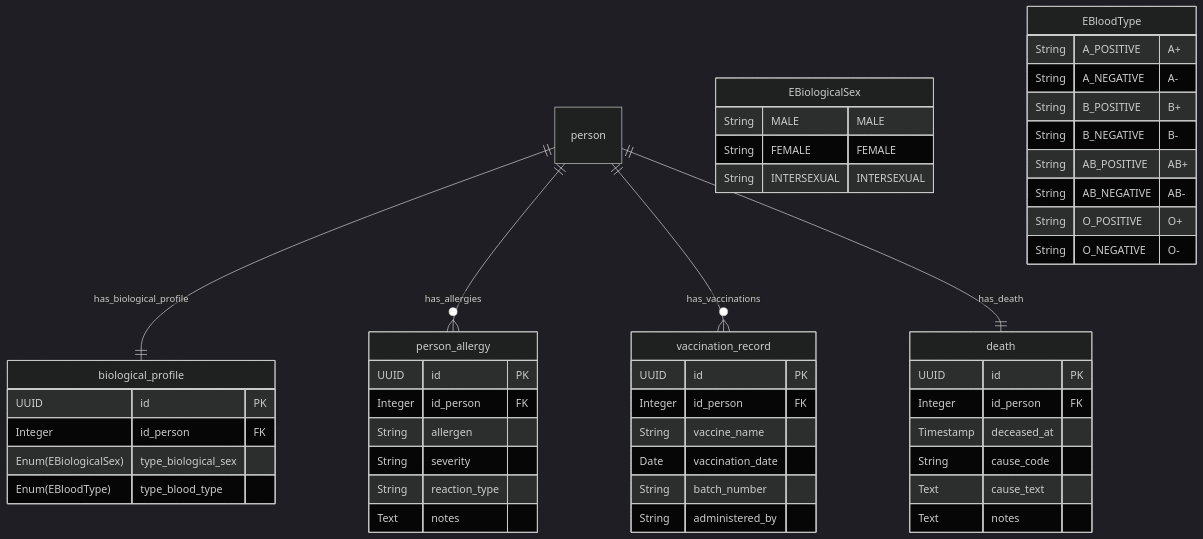
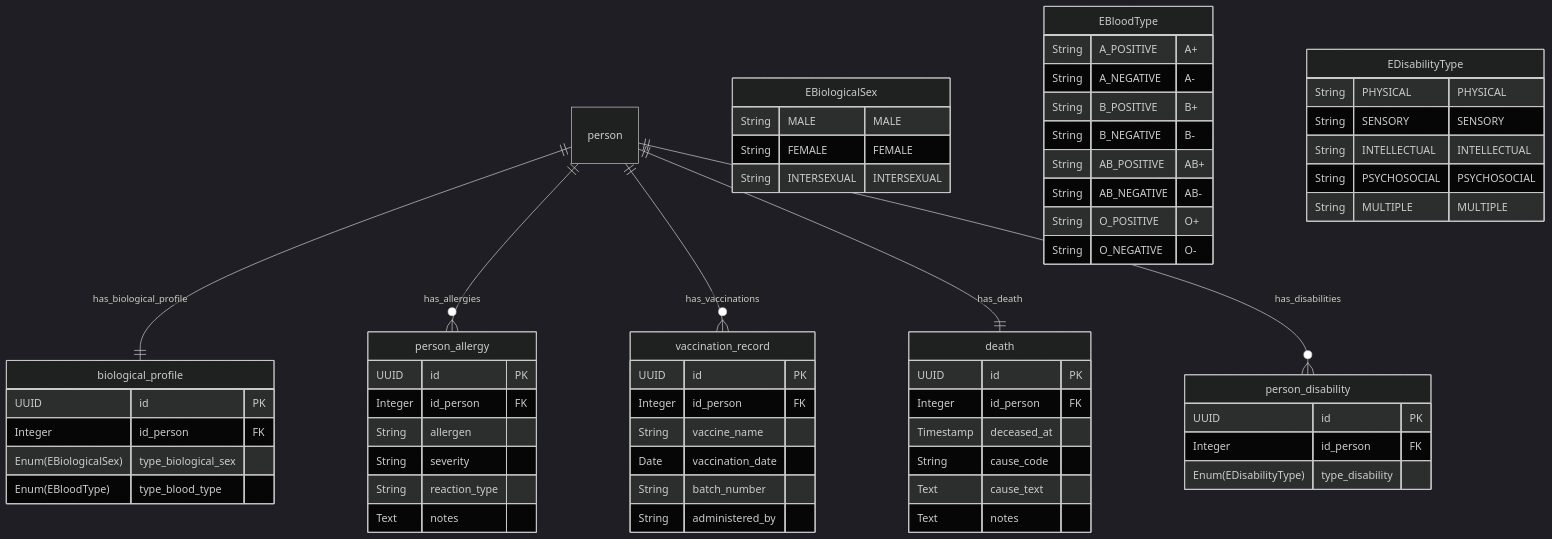
The diagram in db/postgres/health_profile/erd.mmd (m4ck-y/dh_docs), drawn with Mermaid (dark theme) before and after one commit. The commit also changed 2 other files, not shown here.

Commit message:
docs(db): add person_disability to health_profile
Disability as a 1:N table (like person_allergy) with EDisabilityType: the
vocabulary is closed (no "Other"), so the type stays an enum, with a note on
moving to a catalog later. Update the signup data dictionary.

```diff
--- a/db/postgres/health_profile/erd.mmd
+++ b/db/postgres/health_profile/erd.mmd
@@ -1,73 +1,98 @@
 erDiagram
     %% HEALTH_PROFILE SCHEMA
     %% Perfil biologico y clinico de la persona
 
     %% REFERENCIAS EXTERNAS
     %% person: definida en schema people
 
     %% RELACIONES
     person ||--|| biological_profile : "has_biological_profile"
     person ||--o{ person_allergy : "has_allergies"
     person ||--o{ vaccination_record : "has_vaccinations"
     person ||--|| death : "has_death"
+    person ||--o{ person_disability : "has_disabilities"
 
     %% ENUMS (vocabulario cerrado -> enum de texto; la lista de la UI es estatica)
     EBiologicalSex {
         String MALE "MALE"
         String FEMALE "FEMALE"
         String INTERSEXUAL "INTERSEXUAL"
     }
 
     EBloodType {
         String A_POSITIVE "A+"
         String A_NEGATIVE "A-"
         String B_POSITIVE "B+"
         String B_NEGATIVE "B-"
         String AB_POSITIVE "AB+"
         String AB_NEGATIVE "AB-"
         String O_POSITIVE "O+"
         String O_NEGATIVE "O-"
+    }
+
+    %% EDisabilityType: tipo de discapacidad (vocabulario cerrado, sin "Otro" -> enum).
+    %% "Ninguna" y "Prefiere no decirlo" son sentinels -> sin filas (NULL en el dominio).
+    EDisabilityType {
+        String PHYSICAL "PHYSICAL"
+        String SENSORY "SENSORY"
+        String INTELLECTUAL "INTELLECTUAL"
+        String PSYCHOSOCIAL "PSYCHOSOCIAL"
+        String MULTIPLE "MULTIPLE"
     }
 
     %% ENTIDADES
     %% biological_profile: perfil biologico de la persona
     %% type_biological_sex: sexo biologico (enum de texto)
     %% type_blood_type: tipo de sangre (enum de texto)
     biological_profile {
         UUID id PK
         Integer id_person FK
         Enum(EBiologicalSex) type_biological_sex
         Enum(EBloodType) type_blood_type
     }
 
     %% person_allergy: alergias del paciente
     person_allergy {
         UUID id PK
         Integer id_person FK
         String allergen
         String severity
         String reaction_type
         Text notes
     }
 
+    %% person_disability: discapacidades declaradas (1:N, igual que person_allergy).
+    %% El formulario de registro captura una sola -> escribe 0 o 1 fila.
+    %% MULTIPLE se conserva: el front lo manda como valor.
+    %% Evolucion: el vocabulario es CERRADO y sin "Otro" -> enum (ADR 044).
+    %% Si se espera que crezca (aparece "Otro", o se quiere curar o mapear a CIE),
+    %% "disability" pasa a CATALOGO (catalog.disability) y esta tabla queda como
+    %% INTERMEDIA (N:M), cambiando el enum por id_disability FK. La forma
+    %% (id_person + tipo) no cambia.
+    person_disability {
+        UUID id PK
+        Integer id_person FK
+        Enum(EDisabilityType) type_disability
+    }
+
     %% vaccination_record: historial de vacunacion
     vaccination_record {
         UUID id PK
         Integer id_person FK
         String vaccine_name
         Date vaccination_date
         String batch_number
         String administered_by
     }
 
     %% death: detalles de fallecimiento (1:1; existe solo si fallecio)
     %% deceased_at: fecha/hora de fallecimiento (null = fallecio sin fecha conocida)
     %% cause_code: motivo (codigo CIE-11); cause_text: motivo en texto libre
     death {
         UUID id PK
         Integer id_person FK
         Timestamp deceased_at
         String cause_code
         Text cause_text
         Text notes
     }
```
